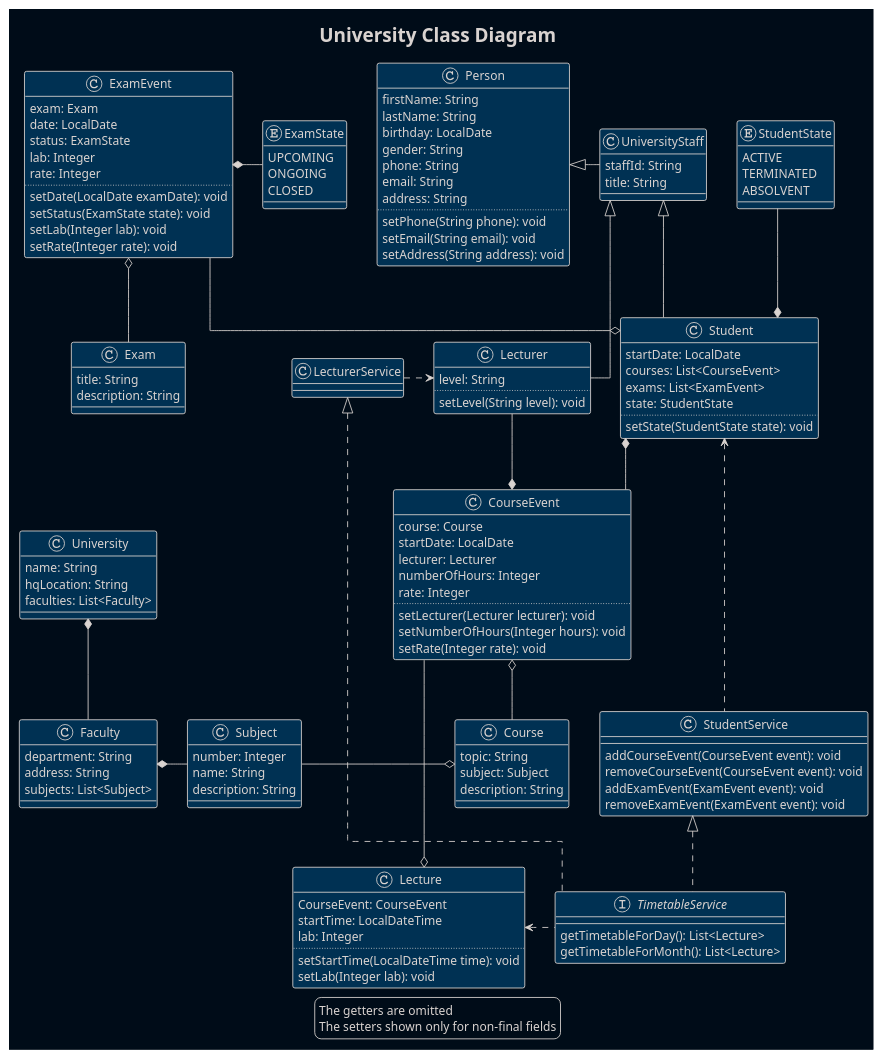
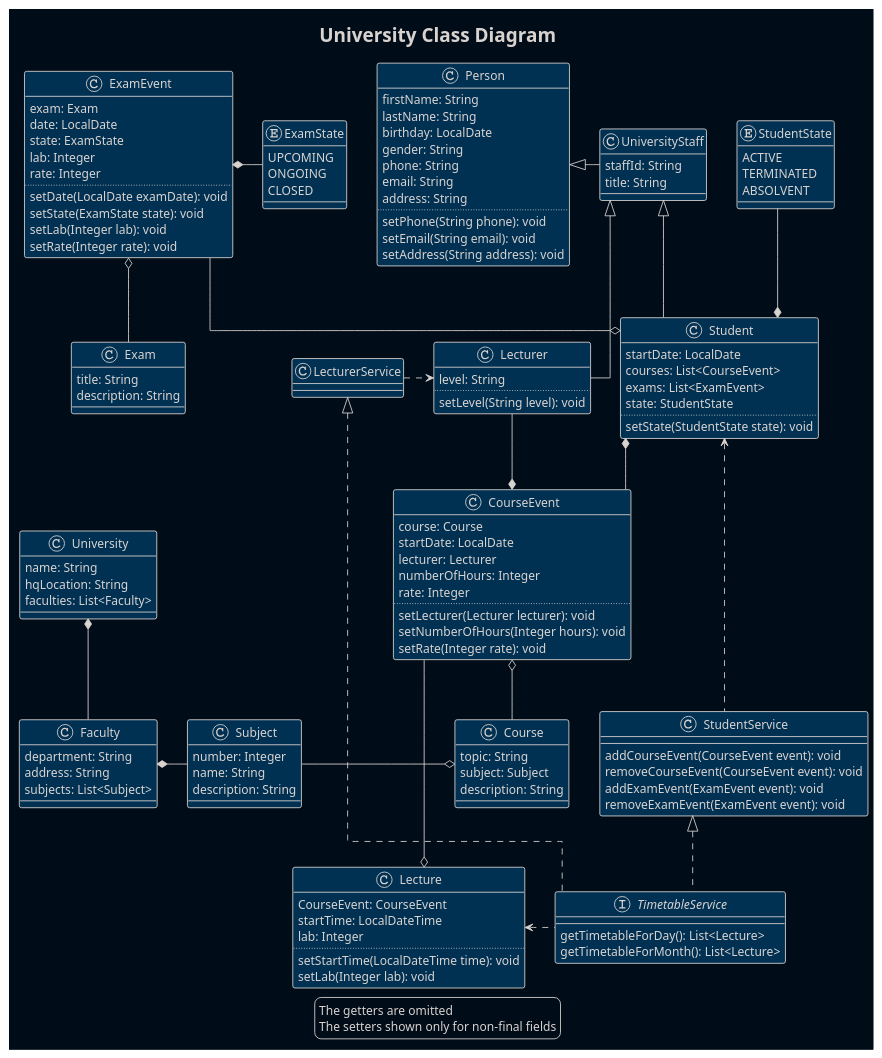
The diagram in src/main/resources/diagrams/University.puml (RomaEcho/University), drawn with PlantUML before and after one commit. The commit also changed 17 other files, not shown here.

```diff
--- a/src/main/resources/diagrams/University.puml
+++ b/src/main/resources/diagrams/University.puml
@@ -1,141 +1,141 @@
 @startuml
 '!theme plain
 !theme blueprint
 skinparam BackgroundColor #000c18
 'skinparam ClassBackgroundColor #000c18
 skinparam linetype ortho
 
 title University Class Diagram
 class Person{
     firstName: String
     lastName: String
     birthday: LocalDate
     gender: String
     phone: String
     email: String
     address: String
     ..
     setPhone(String phone): void
     setEmail(String email): void
     setAddress(String address): void
 }
 class Student{
     startDate: LocalDate
     courses: List<CourseEvent>
     exams: List<ExamEvent>
     state: StudentState
     ..
     setState(StudentState state): void
 }
 enum StudentState{
     ACTIVE
     TERMINATED
     ABSOLVENT
 }
 class UniversityStaff{
     staffId: String
     title: String
 }
 class Subject{
     number: Integer
     name: String
     description: String
 }
 class Course{
     topic: String
     subject: Subject
     description: String
 }
 class CourseEvent{
     course: Course
     startDate: LocalDate
     lecturer: Lecturer
     numberOfHours: Integer
     rate: Integer
     ..
     setLecturer(Lecturer lecturer): void
     setNumberOfHours(Integer hours): void
     setRate(Integer rate): void
 }
 class Lecturer{
     level: String
     ..
     setLevel(String level): void
 }
 class Exam{
     title: String
     description: String
 }
 class ExamEvent{
     exam: Exam
     date: LocalDate
-    status: ExamState
+    state: ExamState
     lab: Integer
     rate: Integer
     ..
     setDate(LocalDate examDate): void
-    setStatus(ExamState state): void
+    setState(ExamState state): void
     setLab(Integer lab): void
     setRate(Integer rate): void
 }
 enum ExamState{
     UPCOMING
     ONGOING
     CLOSED
 }
 class Faculty{
     department: String
     address: String
     subjects: List<Subject>
 }
 class University {
     name: String
     hqLocation: String
     faculties: List<Faculty>
 }
 class Lecture{
     CourseEvent: CourseEvent
     startTime: LocalDateTime
     lab: Integer
     ..
     setStartTime(LocalDateTime time): void
     setLab(Integer lab): void
 }
 interface TimetableService{
     getTimetableForDay(): List<Lecture>
     getTimetableForMonth(): List<Lecture>
 }
 class StudentService {
     addCourseEvent(CourseEvent event): void
     removeCourseEvent(CourseEvent event): void
     addExamEvent(ExamEvent event): void
     removeExamEvent(ExamEvent event): void
 }
 class LecturerService
 
 Person <|-right- UniversityStaff
 UniversityStaff <|-- Student
 UniversityStaff <|-- Lecturer
 Student *-up- StudentState
 Student *-- CourseEvent
 CourseEvent *-up- Lecturer
 Student o-up- ExamEvent
 ExamEvent o-- Exam
 ExamEvent *-right- ExamState
 CourseEvent o-- Course
 Course o-left- Subject
 Faculty *- Subject
 University *-- Faculty
 Student <... StudentService
 StudentService <|.. TimetableService
 LecturerService <|.. TimetableService
 LecturerService .> Lecturer
 TimetableService .left.> Lecture
 CourseEvent --o Lecture
 
 legend
     The getters are omitted
     The setters shown only for non-final fields
 endlegend
 
 @enduml
```
